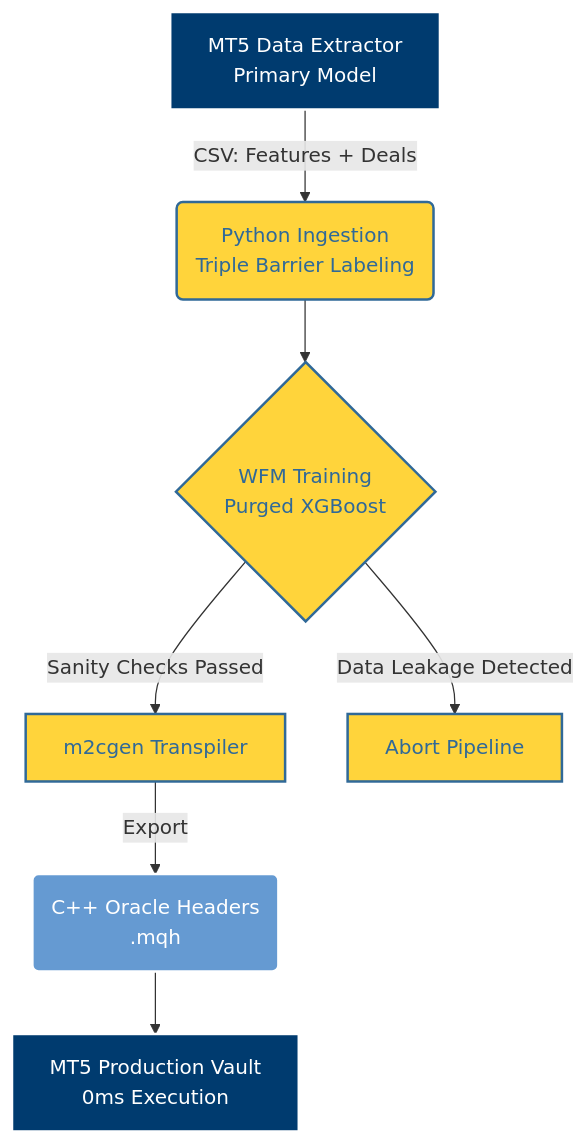
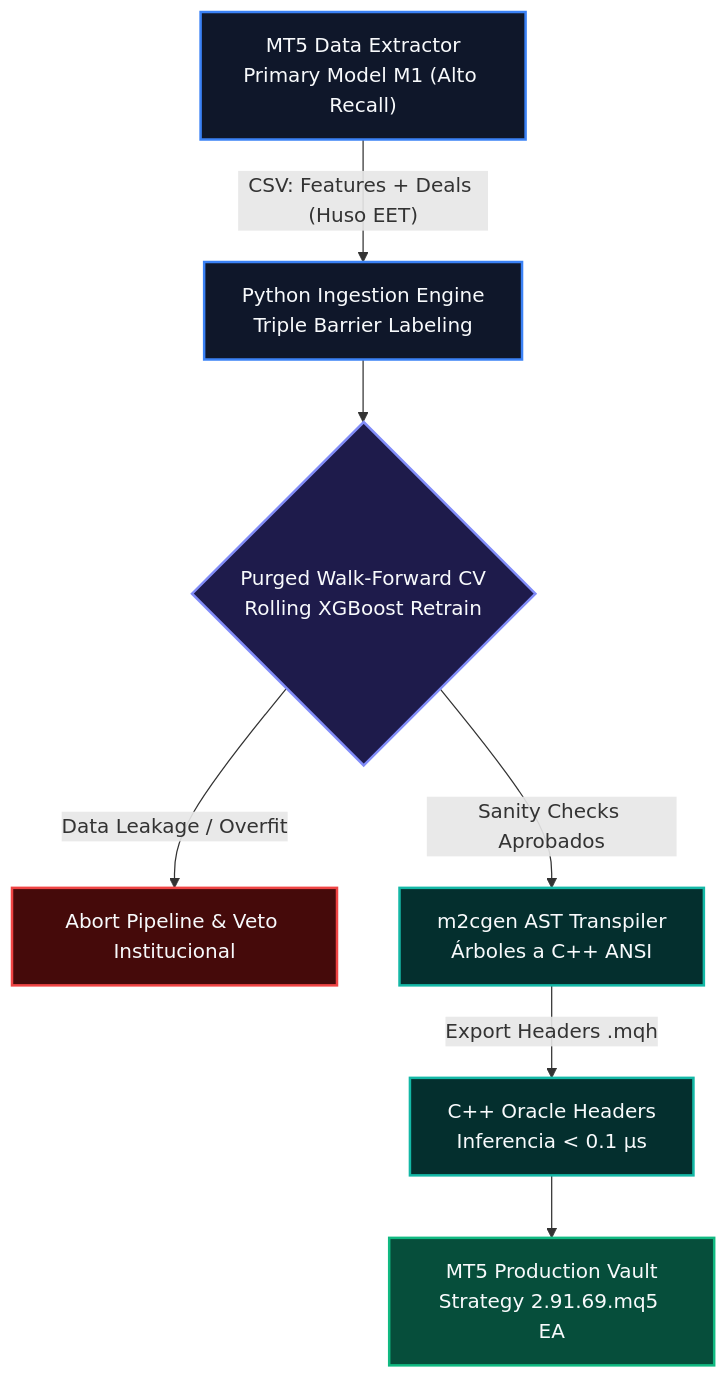
The diagram in docs/index.md (manuel-amado/hma-metalabeling-core), drawn with Mermaid before and after one commit. The commit also changed other lines of this file and 53 other files, not shown here.

````diff
--- a/docs/index.md
+++ b/docs/index.md
@@ -16,14 +62,16 @@
 ```mermaid
 flowchart TD
-    %% Estilos institucionales
-    classDef mql5 fill:#003b6f,stroke:#fff,stroke-width:2px,color:#fff
-    classDef python fill:#ffd43b,stroke:#306998,stroke-width:2px,color:#306998
-    classDef cpp fill:#659ad2,stroke:#fff,stroke-width:2px,color:#fff
-    
-    A["MT5 Data Extractor<br/>Primary Model"]:::mql5 -->|"CSV: Features + Deals"| B("Python Ingestion<br/>Triple Barrier Labeling"):::python
-    B --> C{"WFM Training<br/>Purged XGBoost"}:::python
-    C -->|"Sanity Checks Passed"| D["m2cgen Transpiler"]:::python
-    C -->|"Data Leakage Detected"| E["Abort Pipeline"]:::python
-    D -->|"Export"| F("C++ Oracle Headers<br/>.mqh"):::cpp
-    F --> G["MT5 Production Vault<br/>0ms Execution"]:::mql5
+    classDef stage fill:#0f172a,stroke:#3b82f6,stroke-width:2px,color:#f8fafc
+    classDef data fill:#1e293b,stroke:#64748b,stroke-width:1px,color:#f8fafc
+    classDef model fill:#1e1b4b,stroke:#818cf8,stroke-width:2px,color:#f8fafc
+    classDef transpile fill:#042f2e,stroke:#14b8a6,stroke-width:2px,color:#f8fafc
+    classDef vault fill:#064e3b,stroke:#10b981,stroke-width:2px,color:#f8fafc
+    classDef fail fill:#450a0a,stroke:#ef4444,stroke-width:2px,color:#f8fafc
+
+    A["MT5 Data Extractor<br/>Primary Model M1 (Alto Recall)"]:::stage -->|"CSV: Features + Deals (Huso EET)"| B["Python Ingestion Engine<br/>Triple Barrier Labeling"]:::stage
+    B --> C{"Purged Walk-Forward CV<br/>Rolling XGBoost Retrain"}:::model
+    C -->|"Data Leakage / Overfit"| E["Abort Pipeline & Veto Institucional"]:::fail
+    C -->|"Sanity Checks Aprobados"| D["m2cgen AST Transpiler<br/>Árboles a C++ ANSI"]:::transpile
+    D -->|"Export Headers .mqh"| F["C++ Oracle Headers<br/>Inferencia < 0.1 µs"]:::transpile
+    F --> G["MT5 Production Vault<br/>Strategy 2.91.69.mq5 EA"]:::vault
 ```
````
